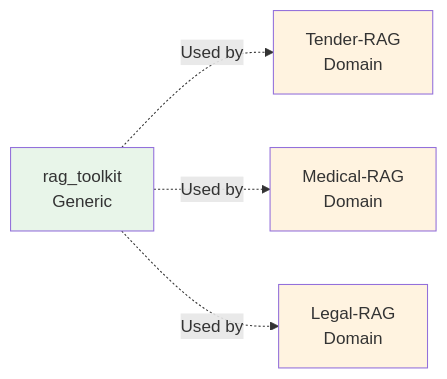
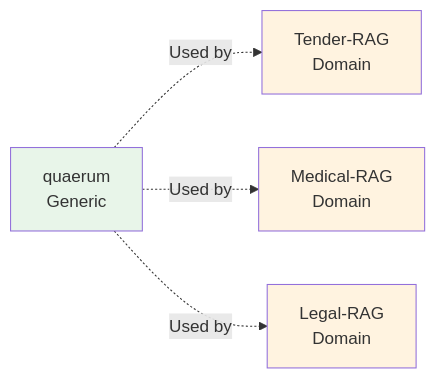
The first of 4 diagrams in docs/architecture/overview.md (gmottola00/Tender-RAG-Lab), drawn with Mermaid before and after one commit. The commit also changed other lines of this file and 18 other files, not shown here.

````diff
--- a/docs/architecture/overview.md
+++ b/docs/architecture/overview.md
@@ -62,11 +62,11 @@
     ```mermaid
     graph LR
-        A[rag_toolkit<br/>Generic] -.->|"Used by"| B[Tender-RAG<br/>Domain]
+        A[quaerum<br/>Generic] -.->|"Used by"| B[Tender-RAG<br/>Domain]
         A -.->|"Used by"| C[Medical-RAG<br/>Domain]
         A -.->|"Used by"| D[Legal-RAG<br/>Domain]
         
         style A fill:#e8f5e9
         style B fill:#fff3e0
         style C fill:#fff3e0
         style D fill:#fff3e0
     ```
````
